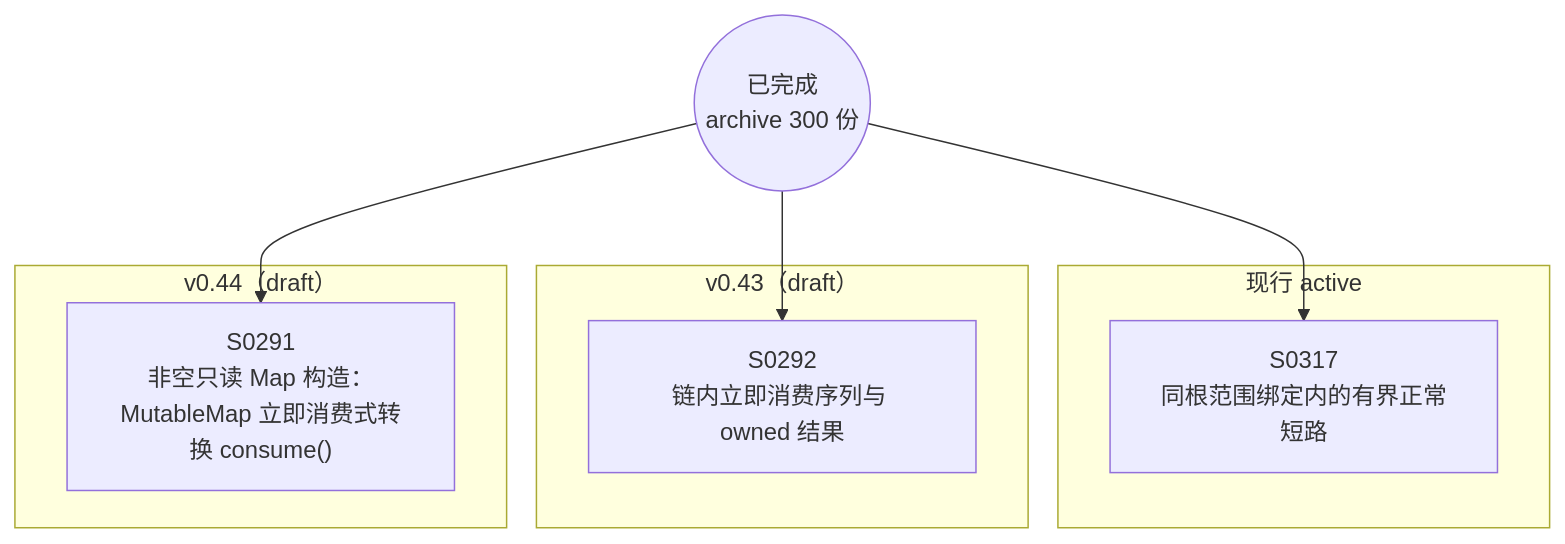
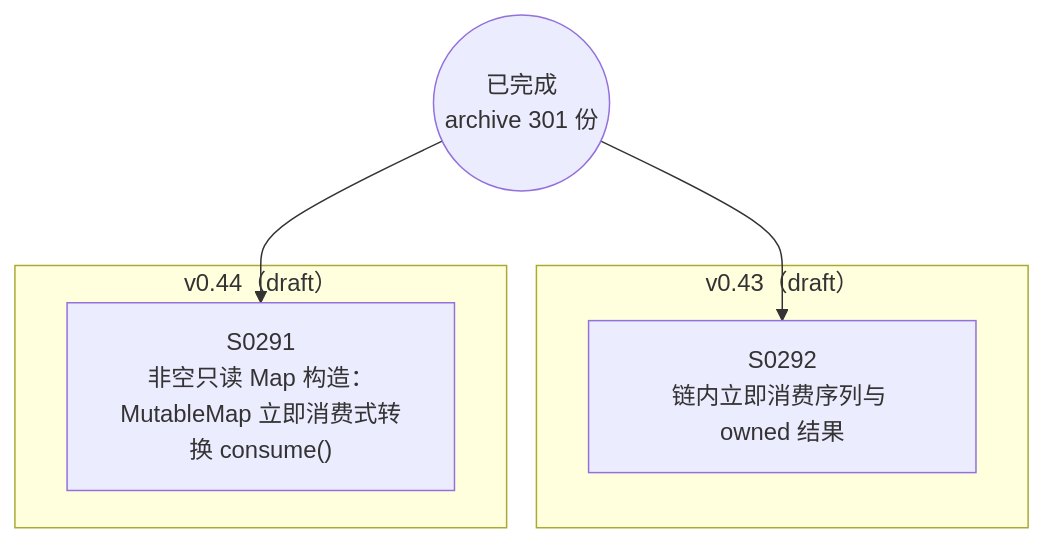
One commit to Halckon/Koven changed the diagram in docs/specs/dependency-graph.md. Above: the diagram before and after it, drawn with Mermaid. The commit also changed other lines of this file and 10 other files, not shown here.

````diff
--- a/docs/specs/dependency-graph.md
+++ b/docs/specs/dependency-graph.md
@@ -9,16 +9,12 @@
 ```mermaid
 flowchart TD
-ARCH(("已完成<br/>archive 300 份"))
-subgraph Gactive["现行 active"]
-  S0317["S0317<br/>同根范围绑定内的有界正常短路"]
-end
+ARCH(("已完成<br/>archive 301 份"))
 subgraph Gdrafts_v043["v0.43（draft）"]
   S0292["S0292<br/>链内立即消费序列与 owned 结果"]
 end
 subgraph Gdrafts_v044["v0.44（draft）"]
   S0291["S0291<br/>非空只读 Map 构造：MutableMap 立即消费式转换 consume()"]
 end
 ARCH --> S0291
 ARCH --> S0292
-ARCH --> S0317
 ```
````
